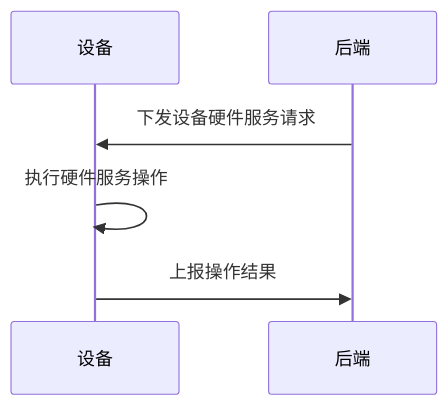
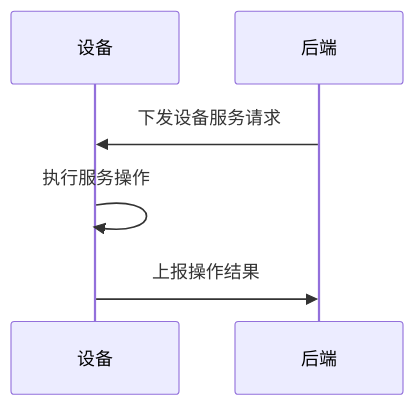
Before and after one commit to shaojun/open_docs: the fifth of 5 diagrams in projects/commercial/universal_app_api.md, drawn with Mermaid.

````diff
--- a/projects/commercial/universal_app_api.md
+++ b/projects/commercial/universal_app_api.md
@@ -93,8 +93,8 @@
 ```mermaid
 sequenceDiagram
     participant Device as 设备
     participant Backend as 后端
-    Backend->>Device: 下发设备硬件服务请求
-    Device->>Device: 执行硬件服务操作
+    Backend->>Device: 下发设备服务请求
+    Device->>Device: 执行服务操作
     Device->>Backend: 上报操作结果
 ```
````
